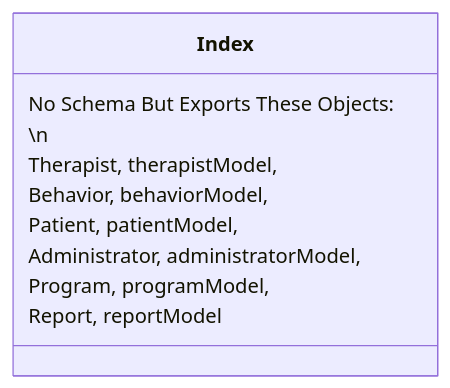
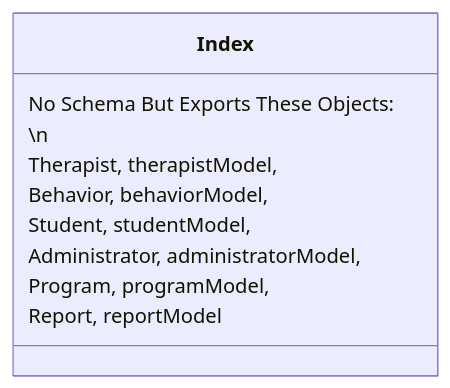
The fifth of 7 diagrams in Documentation/Model Schemas.md (UTDallasEPICS/ATC-Patient-Data), drawn with Mermaid before and after one commit. The commit also changed other lines of this file and 9 other files, not shown here.

````diff
--- a/Documentation/Model Schemas.md
+++ b/Documentation/Model Schemas.md
@@ -81,13 +81,13 @@
 ```mermaid
 classDiagram
     class Index {
         No Schema But Exports These Objects:
         \n
         Therapist, therapistModel,
         Behavior, behaviorModel,
-        Patient, patientModel,
+        Student, studentModel,
         Administrator, administratorModel,
         Program, programModel,
         Report, reportModel
     }
 ```
````
